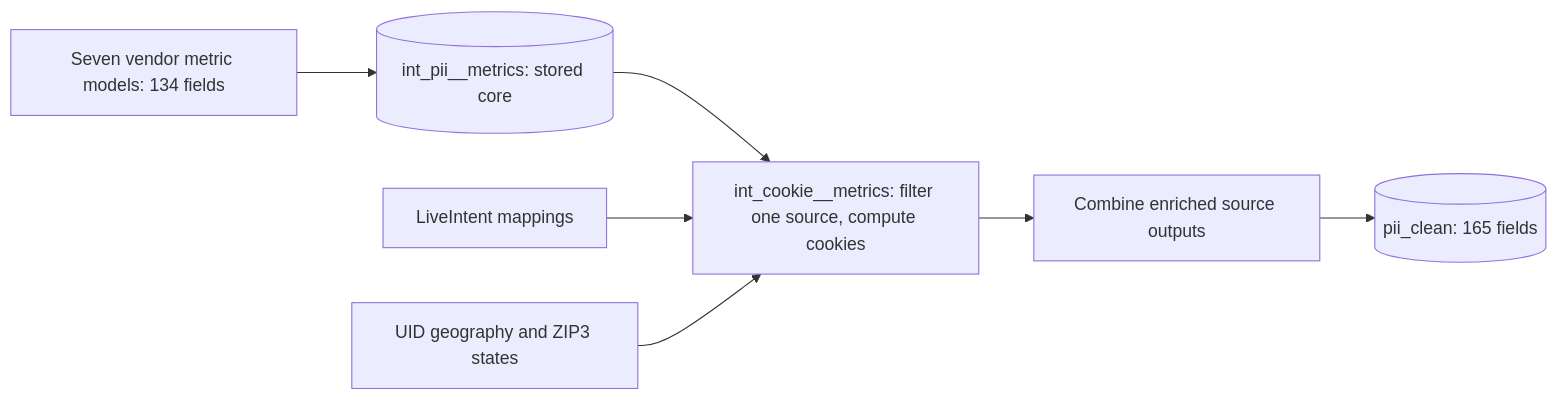
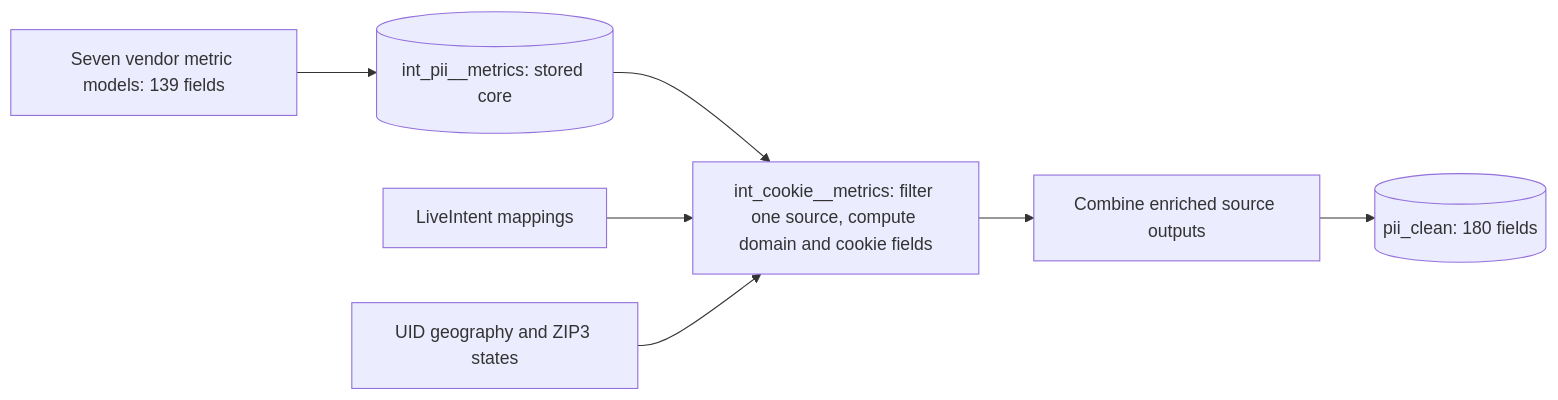
Before and after one commit to pp-jteixeira/nscreen-identity-resolution: the diagram in vendor_quality_measurement/pii_clean/docs/cookie_stage.md, drawn with Mermaid. The commit also changed other lines of this file and 31 other files, not shown here.

First line of the commit message:
Add facility claims support and domain evidence metrics

````diff
--- a/vendor_quality_measurement/pii_clean/docs/cookie_stage.md
+++ b/vendor_quality_measurement/pii_clean/docs/cookie_stage.md
@@ -5,9 +5,9 @@
 ```mermaid
 flowchart LR
-  vendors["Seven vendor metric models: 134 fields"] --> core[("int_pii__metrics: stored core")]
-  core --> cookies["int_cookie__metrics: filter one source, compute cookies"]
+  vendors["Seven vendor metric models: 139 fields"] --> core[("int_pii__metrics: stored core")]
+  core --> cookies["int_cookie__metrics: filter one source, compute domain and cookie fields"]
   mappings["LiveIntent mappings"] --> cookies
   geography["UID geography and ZIP3 states"] --> cookies
   cookies --> combined["Combine enriched source outputs"]
-  combined --> final[("pii_clean: 165 fields")]
+  combined --> final[("pii_clean: 180 fields")]
 ```
````
